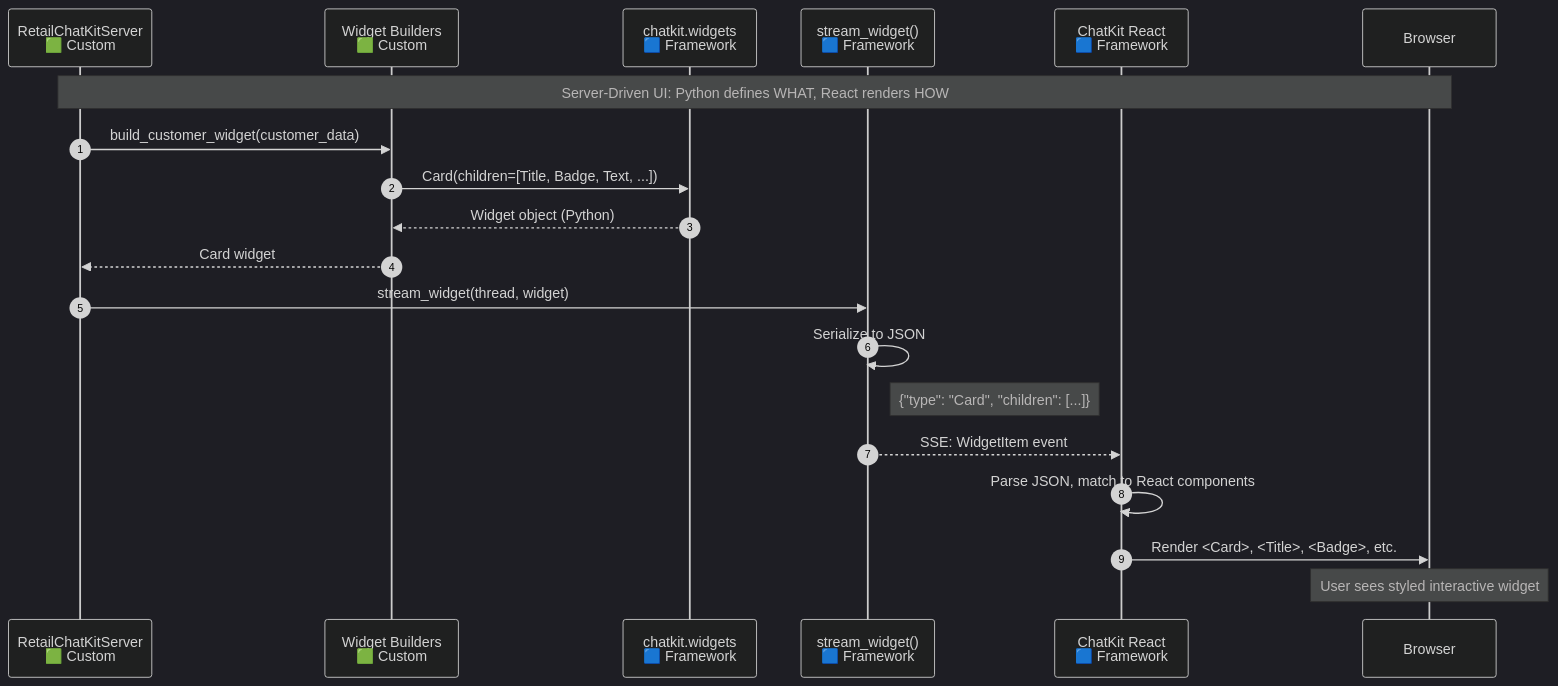
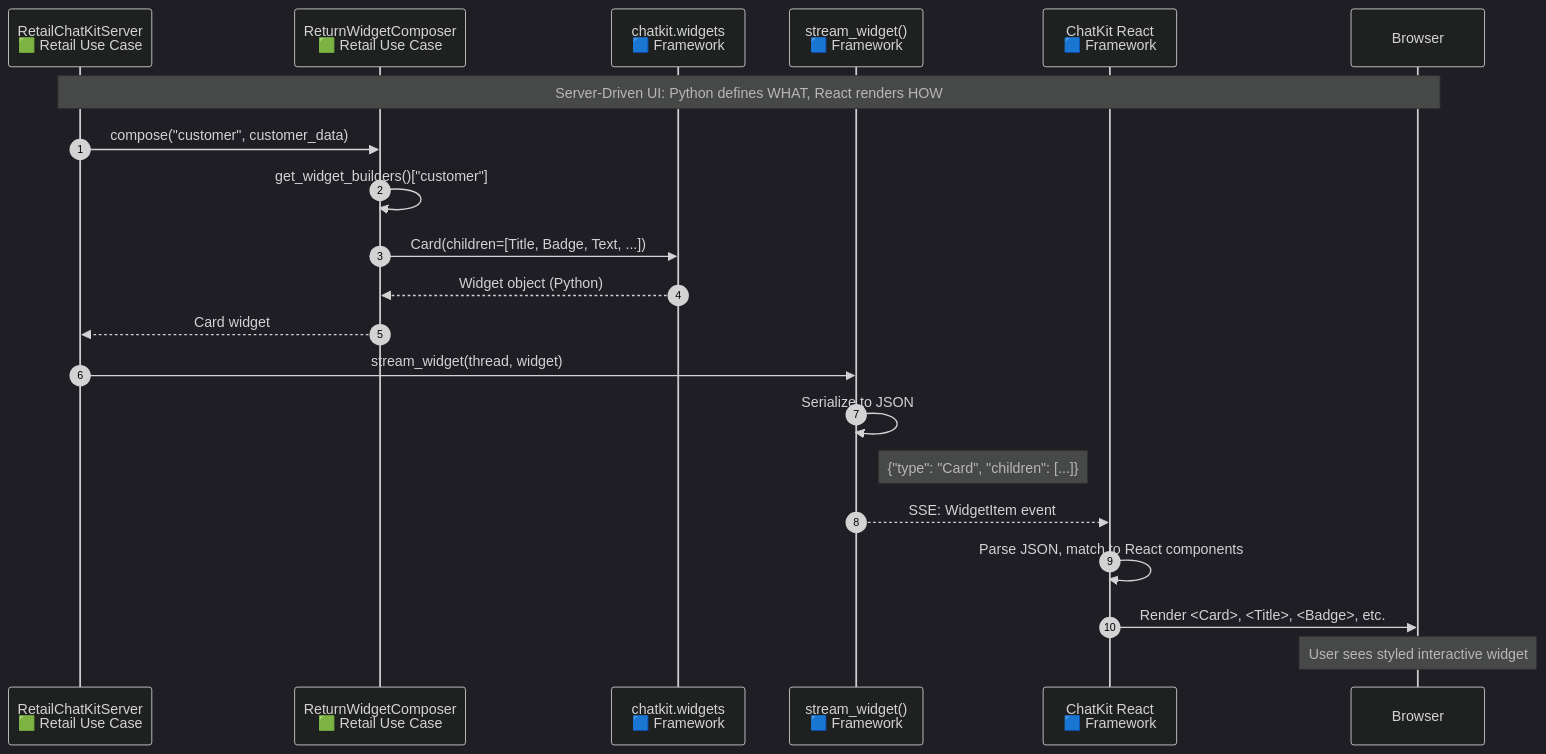
The seventh of 12 diagrams in docs/DIAGRAMS.md (MSFT-Innovation-Hub-India/Chatkit-Order-Return-Sample), drawn with Mermaid (dark theme) before and after one commit. The commit also changed other lines of this file and 26 other files, not shown here.

````diff
--- a/docs/DIAGRAMS.md
+++ b/docs/DIAGRAMS.md
@@ -483,28 +600,29 @@
 ```mermaid
 sequenceDiagram
     autonumber
     
-    participant RetailServer as RetailChatKitServer<br/>🟩 Custom
-    participant WidgetBuilder as Widget Builders<br/>🟩 Custom
+    participant RetailServer as RetailChatKitServer<br/>🟩 Retail Use Case
+    participant WidgetComposer as ReturnWidgetComposer<br/>🟩 Retail Use Case
     participant ChatKitWidgets as chatkit.widgets<br/>🟦 Framework
     participant StreamWidget as stream_widget()<br/>🟦 Framework
     participant ChatKitReact as ChatKit React<br/>🟦 Framework
     participant Browser
 
     Note over RetailServer,Browser: Server-Driven UI: Python defines WHAT, React renders HOW
 
-    RetailServer->>WidgetBuilder: build_customer_widget(customer_data)
-    WidgetBuilder->>ChatKitWidgets: Card(children=[Title, Badge, Text, ...])
-    ChatKitWidgets-->>WidgetBuilder: Widget object (Python)
-    WidgetBuilder-->>RetailServer: Card widget
+    RetailServer->>WidgetComposer: compose("customer", customer_data)
+    WidgetComposer->>WidgetComposer: get_widget_builders()["customer"]
+    WidgetComposer->>ChatKitWidgets: Card(children=[Title, Badge, Text, ...])
+    ChatKitWidgets-->>WidgetComposer: Widget object (Python)
+    WidgetComposer-->>RetailServer: Card widget
     
     RetailServer->>StreamWidget: stream_widget(thread, widget)
     StreamWidget->>StreamWidget: Serialize to JSON
     Note right of StreamWidget: {"type": "Card", "children": [...]}
     StreamWidget-->>ChatKitReact: SSE: WidgetItem event
     
     ChatKitReact->>ChatKitReact: Parse JSON, match to React components
     ChatKitReact->>Browser: Render <Card>, <Title>, <Badge>, etc.
     
     Note over Browser: User sees styled interactive widget
 ```
````
